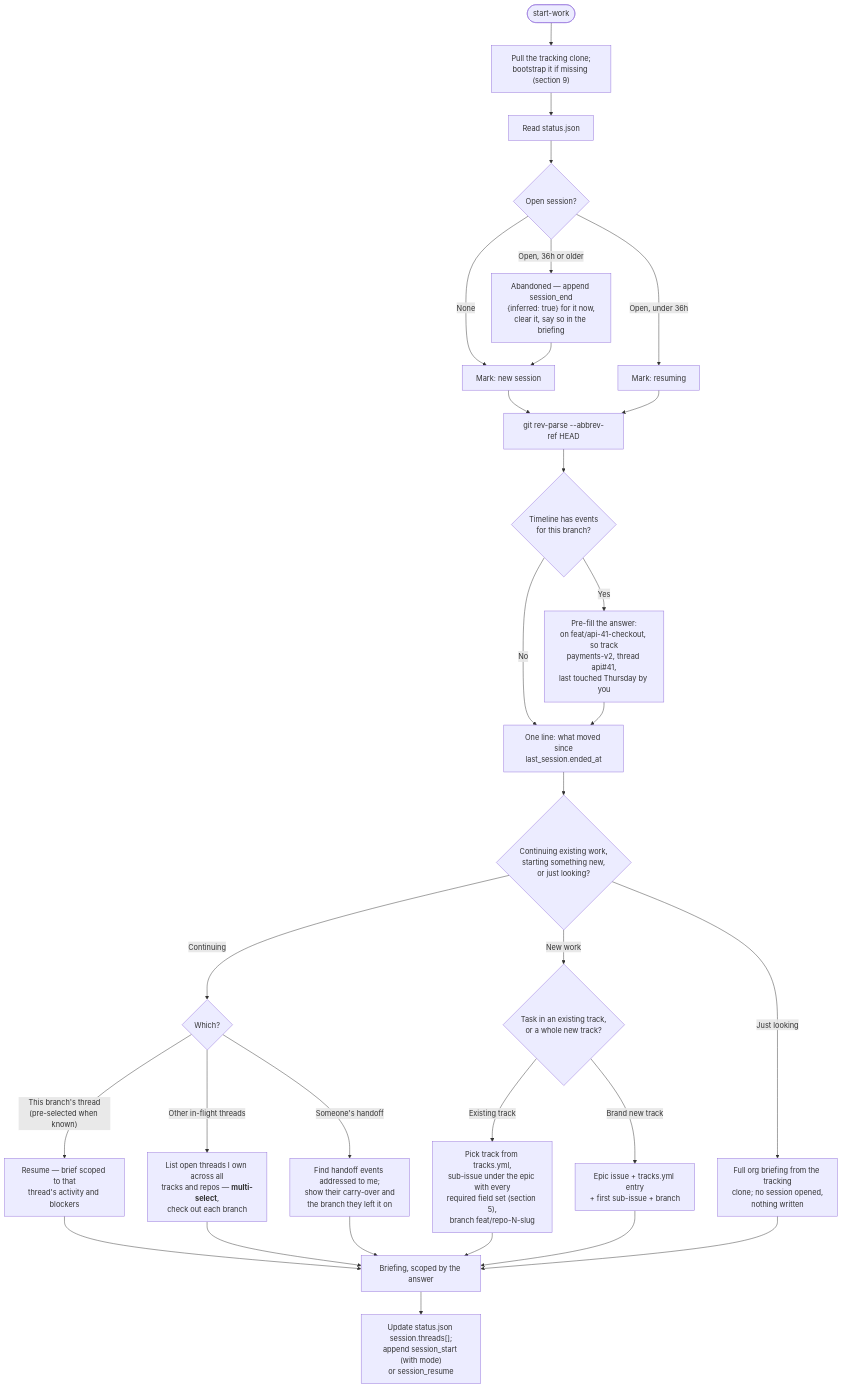
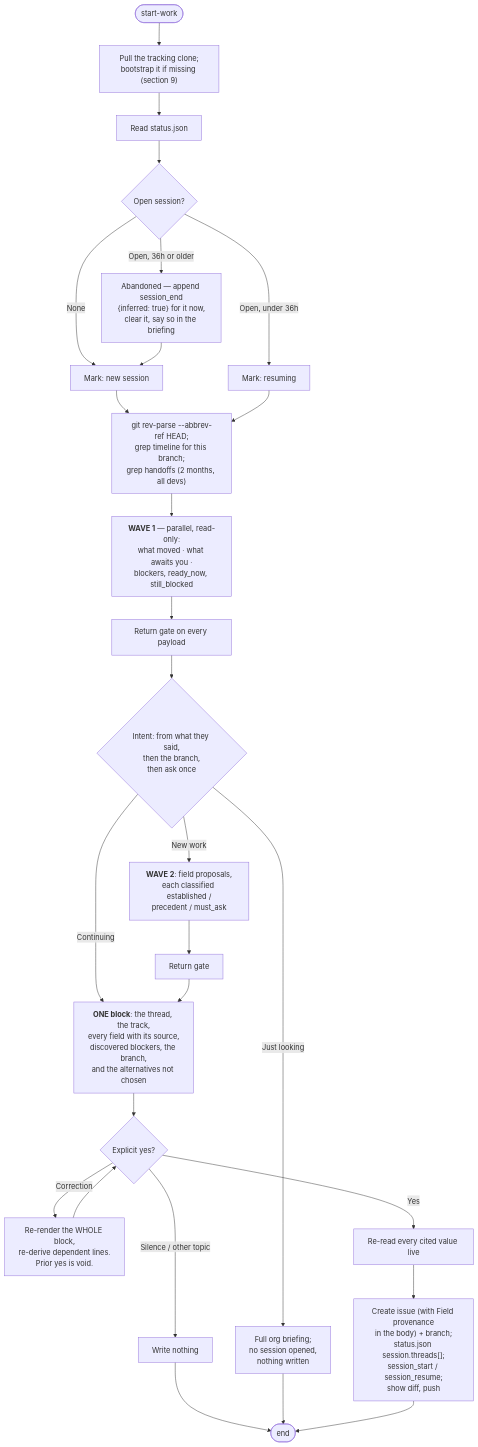
One commit to alimohammed1624/skills changed the fifth of 8 diagrams in docs/target-workflow.md. Above: the diagram before and after it, drawn with Mermaid. The commit also changed other lines of this file and 11 other files, not shown here.

````diff
--- a/docs/target-workflow.md
+++ b/docs/target-workflow.md
@@ -415,38 +455,32 @@
 ```mermaid
 flowchart TD
     START([start-work]) --> SYNC["Pull the tracking clone;<br/>bootstrap it if missing (section 9)"]
     SYNC --> READ["Read status.json"]
     READ --> SESS{Open session?}
     SESS -->|None| NEW["Mark: new session"]
     SESS -->|"Open, under 36h"| RES["Mark: resuming"]
     SESS -->|"Open, 36h or older"| STALE["Abandoned — append session_end<br/>{inferred: true} for it now,<br/>clear it, say so in the briefing"]
     STALE --> NEW
     NEW --> BR
     RES --> BR
-    BR["git rev-parse --abbrev-ref HEAD"] --> LOOK{Timeline has events<br/>for this branch?}
+    BR["git rev-parse --abbrev-ref HEAD;<br/>grep timeline for this branch;<br/>grep handoffs (2 months, all devs)"] --> W1["<b>WAVE 1</b> — parallel, read-only:<br/>what moved · what awaits you ·<br/>blockers, ready_now, still_blocked"]
 
-    LOOK -->|Yes| PRE["Pre-fill the answer:<br/>on feat/api-41-checkout, so track<br/>payments-v2, thread api#41,<br/>last touched Thursday by you"]
-    LOOK -->|No| GLANCE
-    PRE --> GLANCE["One line: what moved since<br/>last_session.ended_at"]
+    W1 --> GATE1["Return gate on every payload"]
+    GATE1 --> INTENT{Intent: from what they said,<br/>then the branch,<br/>then ask once}
 
-    GLANCE --> Q1{Continuing existing work,<br/>starting something new,<br/>or just looking?}
+    INTENT -->|Continuing| BLOCK
+    INTENT -->|New work| W2["<b>WAVE 2</b>: field proposals,<br/>each classified established /<br/>precedent / must_ask"]
+    INTENT -->|Just looking| BROWSE["Full org briefing;<br/>no session opened,<br/>nothing written"]
 
-    Q1 -->|Continuing| Q2{Which?}
-    Q2 -->|"This branch's thread<br/>(pre-selected when known)"| R1["Resume — brief scoped to that<br/>thread's activity and blockers"]
-    Q2 -->|Other in-flight threads| R2["List open threads I own across all<br/>tracks and repos — <b>multi-select</b>,<br/>check out each branch"]
-    Q2 -->|Someone's handoff| R3["Find handoff events addressed to me;<br/>show their carry-over and<br/>the branch they left it on"]
+    W2 --> GATE2["Return gate"] --> BLOCK
 
-    Q1 -->|New work| Q3{Task in an existing track,<br/>or a whole new track?}
-    Q3 -->|Existing track| N1["Pick track from tracks.yml,<br/>sub-issue under the epic with every<br/>required field set (section 5),<br/>branch feat/repo-N-slug"]
-    Q3 -->|Brand new track| N2["Epic issue + tracks.yml entry<br/>+ first sub-issue + branch"]
+    BLOCK["<b>ONE block</b>: the thread, the track,<br/>every field with its source,<br/>discovered blockers, the branch,<br/>and the alternatives not chosen"] --> YES{Explicit yes?}
 
-    Q1 -->|Just looking| BROWSE["Full org briefing from the tracking<br/>clone; no session opened,<br/>nothing written"]
+    YES -->|Correction| REDO["Re-render the WHOLE block,<br/>re-derive dependent lines.<br/>Prior yes is void."] --> YES
+    YES -->|"Silence / other topic"| NOTHING["Write nothing"] --> DONE
+    YES -->|Yes| FRESH["Re-read every cited value live"]
 
-    R1 --> BRIEF["Briefing, scoped by the answer"]
-    R2 --> BRIEF
-    R3 --> BRIEF
-    N1 --> BRIEF
-    N2 --> BRIEF
-    BROWSE --> BRIEF
-    BRIEF --> WRITE["Update status.json session.threads[];<br/>append session_start (with mode)<br/>or session_resume"]
+    FRESH --> WRITE["Create issue (with Field provenance<br/>in the body) + branch;<br/>status.json session.threads[];<br/>session_start / session_resume;<br/>show diff, push"]
+    BROWSE --> DONE([end])
+    WRITE --> DONE
 ```
````
